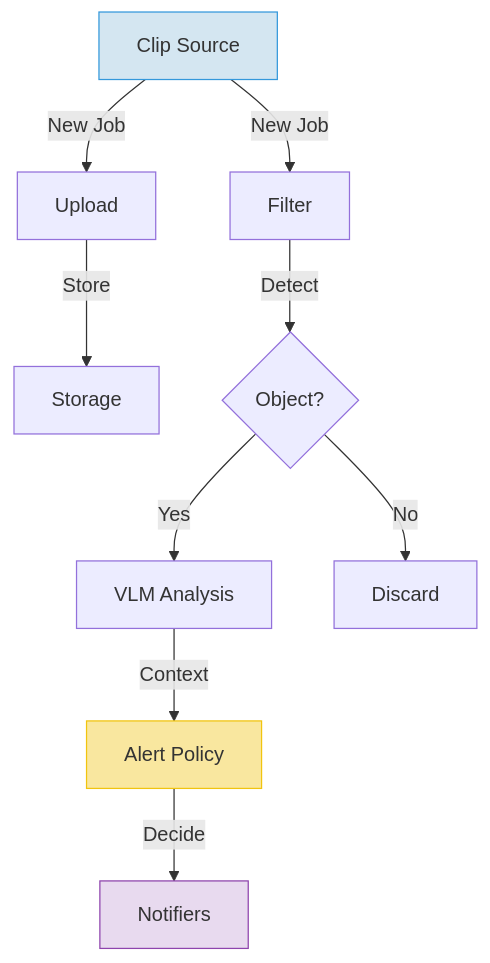
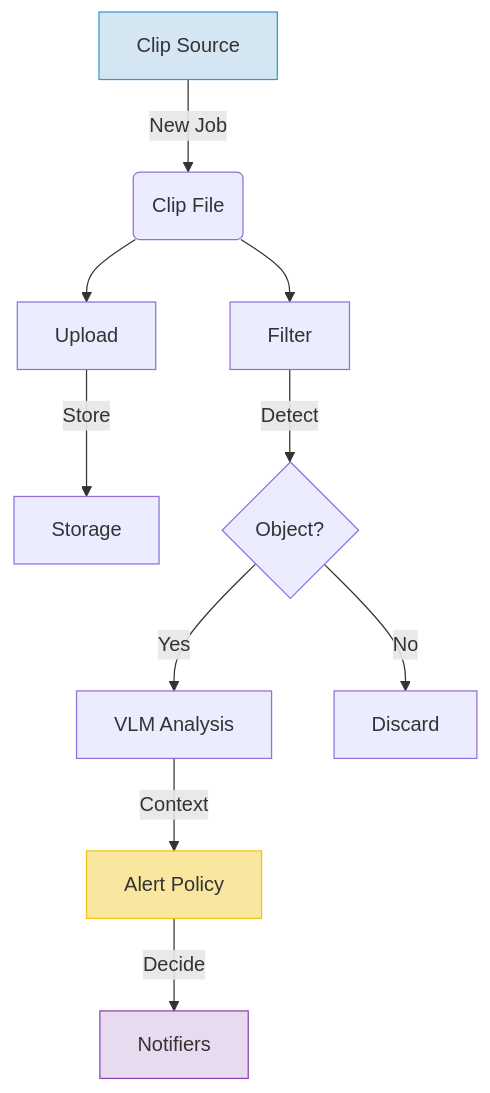
One commit to lan17/homesec changed the diagram in README.md. Above: the diagram before and after it, drawn with Mermaid.

Commit message:
docs: improve mermaid diagram to show clip file intermediate step

````diff
--- a/README.md
+++ b/README.md
@@ -21,15 +21,16 @@
 ```mermaid
 graph TD
-    S[Clip Source] -->|New Job| U[Upload]
-    S -->|New Job| F[Filter]
+    S[Clip Source] -->|New Job| C(Clip File)
+    C --> U[Upload]
+    C --> F[Filter]
     U -->|Store| DB[Storage]
     F -->|Detect| AI{Object?}
     AI -->|Yes| V[VLM Analysis]
     AI -->|No| D[Discard]
     V -->|Context| P[Alert Policy]
     P -->|Decide| N[Notifiers]
     
     style S fill:#d4e6f1,stroke:#3498db
     style P fill:#f9e79f,stroke:#f1c40f
     style N fill:#e8daef,stroke:#8e44ad
 ```
````
